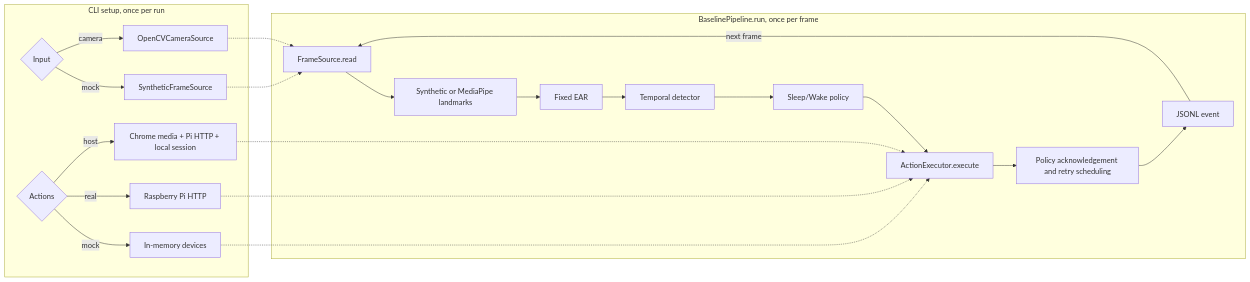
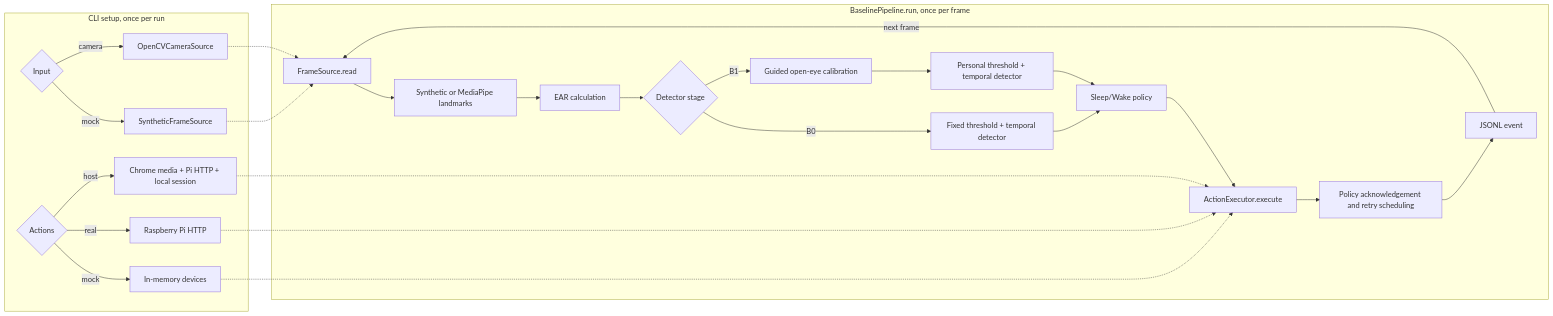
One commit to hsoo23/sleep-aware-smart-room changed the second of 2 diagrams in docs/ARCHITECTURE.md. Above: the diagram before and after it, drawn with Mermaid. The commit also changed other lines of this file and 14 other files, not shown here.

````diff
--- a/docs/ARCHITECTURE.md
+++ b/docs/ARCHITECTURE.md
@@ -44,25 +45,29 @@
 ```mermaid
 flowchart LR
     subgraph setup[CLI setup, once per run]
         I{Input} -->|mock| SF[SyntheticFrameSource]
         I -->|camera| OC[OpenCVCameraSource]
         A{Actions} -->|mock| MA[In-memory devices]
         A -->|real| HTTP[Raspberry Pi HTTP]
         A -->|host| HOST[Chrome media + Pi HTTP + local session]
     end
     subgraph loop[BaselinePipeline.run, once per frame]
         READ[FrameSource.read] --> LMK[Synthetic or MediaPipe landmarks]
-        LMK --> EAR[Fixed EAR]
-        EAR --> TD[Temporal detector]
+        LMK --> EAR[EAR calculation]
+        EAR --> SEL{Detector stage}
+        SEL -->|B0| TD[Fixed threshold + temporal detector]
+        SEL -->|B1| CAL[Guided open-eye calibration]
+        CAL --> PT[Personal threshold + temporal detector]
+        PT --> CP
         TD --> CP[Sleep/Wake policy]
         CP --> EX[ActionExecutor.execute]
         EX --> ACK[Policy acknowledgement and retry scheduling]
         ACK --> LOG[JSONL event]
         LOG -->|next frame| READ
     end
     SF -.-> READ
     OC -.-> READ
     MA -.-> EX
     HTTP -.-> EX
     HOST -.-> EX
 ```
````
